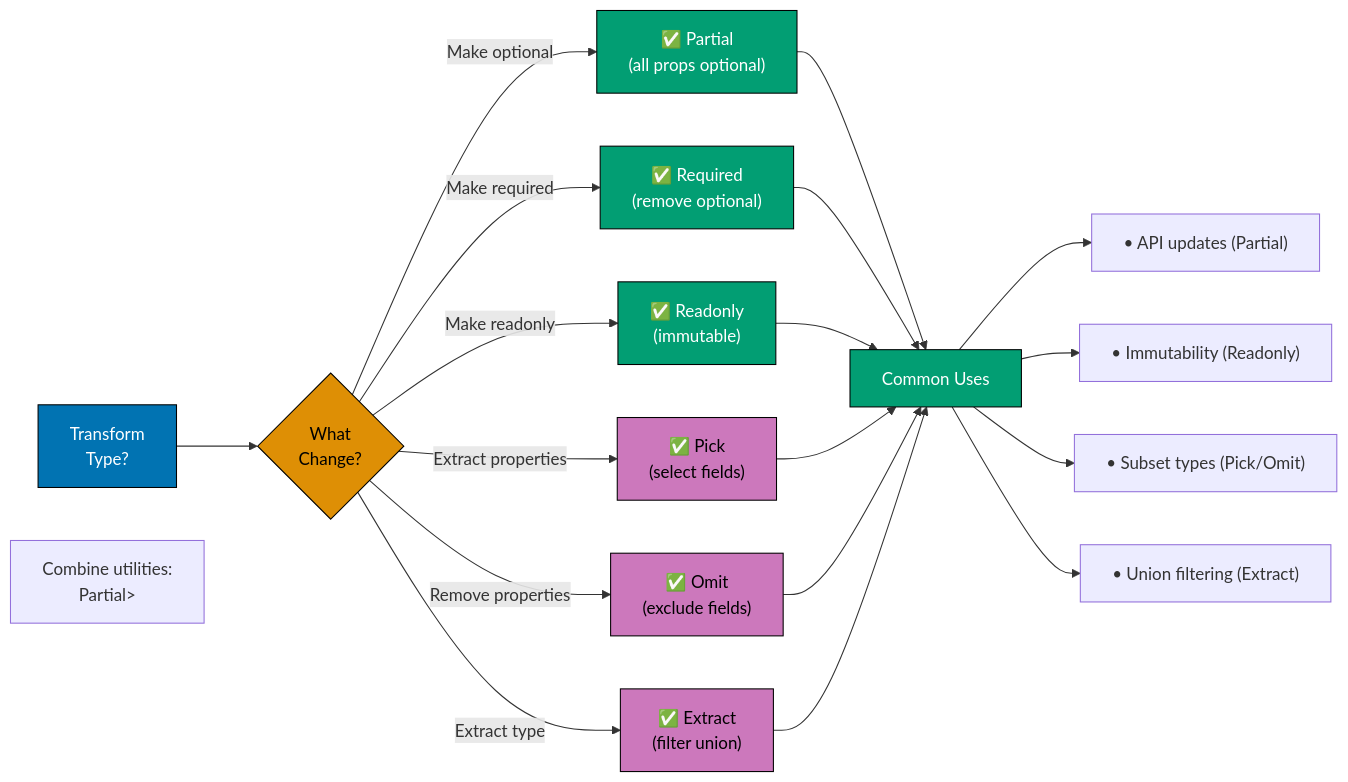
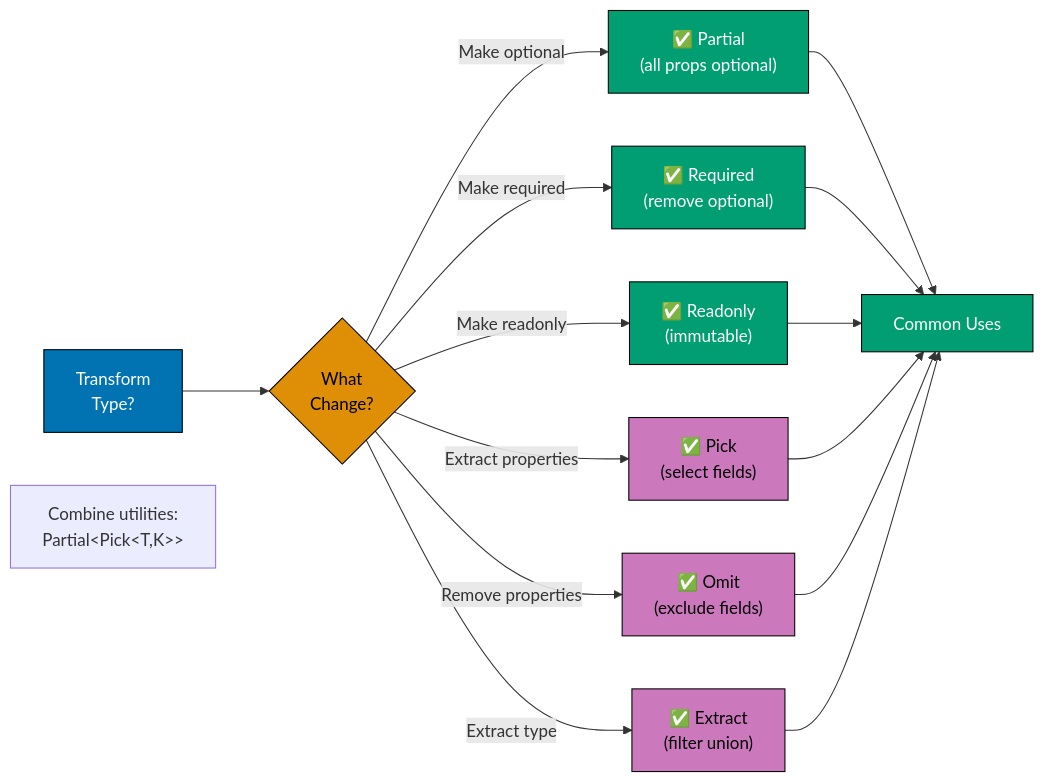
The third of 9 diagrams in docs/explanation/software-engineering/programming-languages/typescript/idioms.md (wahidyankf/baseerah), drawn with Mermaid before and after one commit. The commit also changed other lines of this file and 20 other files, not shown here.

First line of the commit message:
fix(docs): remediate mermaid violations surfaced by the detect_kind fix

````diff
--- a/docs/explanation/software-engineering/programming-languages/typescript/idioms.md
+++ b/docs/explanation/software-engineering/programming-languages/typescript/idioms.md
@@ -398,33 +398,28 @@
 ```mermaid
 %% Color Palette: Blue #0173B2, Orange #DE8F05, Teal #029E73, Purple #CC78BC
 %% All colors are color-blind friendly and meet WCAG AA contrast standards
 
 graph LR
     A["Transform<br/>Type?"]:::blue --> B{"What<br/>Change?"}:::orange
 
     B -->|"Make optional"| C["✅ Partial<T><br/>(all props optional)"]:::teal
     B -->|"Make required"| D["✅ Required<T><br/>(remove optional)"]:::teal
     B -->|"Make readonly"| E["✅ Readonly<T><br/>(immutable)"]:::teal
     B -->|"Extract properties"| F["✅ Pick<T, K><br/>(select fields)"]:::purple
     B -->|"Remove properties"| G["✅ Omit<T, K><br/>(exclude fields)"]:::purple
     B -->|"Extract type"| H["✅ Extract<T, U><br/>(filter union)"]:::purple
 
     C --> I["Common Uses"]:::teal
     D --> I
     E --> I
     F --> I
     G --> I
     H --> I
 
-    I --> I1["• API updates (Partial)"]
-    I --> I2["• Immutability (Readonly)"]
-    I --> I3["• Subset types (Pick/Omit)"]
-    I --> I4["• Union filtering (Extract)"]
-
-    Note["Combine utilities:<br/>Partial<Pick<T, K>>"]
+    Note["Combine utilities:<br/>Partial&lt;Pick&lt;T,K&gt;&gt;"]
 
     classDef blue fill:#0173B2,stroke:#000,color:#fff
     classDef orange fill:#DE8F05,stroke:#000,color:#000
     classDef teal fill:#029E73,stroke:#000,color:#fff
     classDef purple fill:#CC78BC,stroke:#000,color:#000
 ```
````
